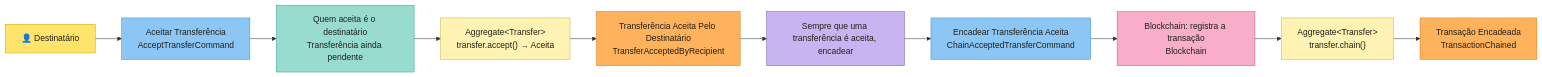
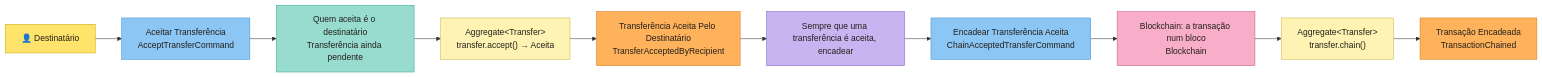
The fifth of 5 diagrams in README.md (ecdesa-labs/cerne), drawn with Mermaid before and after one commit. The commit also changed other lines of this file and 50 other files, not shown here.

````diff
--- a/README.md
+++ b/README.md
@@ -748,20 +829,20 @@
 ```mermaid
 flowchart LR
   recipient["👤 Destinatário"]:::actor --> accept["Aceitar Transferência<br/>AcceptTransferCommand"]:::command
   accept --> rules["Quem aceita é o destinatário<br/>Transferência ainda pendente"]:::rule
   rules --> transfer["Aggregate#lt;Transfer#gt;<br/>transfer.accept() → Aceita"]:::aggregate
   transfer --> accepted["Transferência Aceita Pelo Destinatário<br/>TransferAcceptedByRecipient"]:::event
   accepted --> policy["Sempre que uma transferência é aceita, encadear"]:::policy
   policy --> chainCmd["Encadear Transferência Aceita<br/>ChainAcceptedTransferCommand"]:::command
-  chainCmd --> chain["Blockchain: registra a transação<br/>Blockchain"]:::external
+  chainCmd --> chain["Blockchain: a transação num bloco<br/>Blockchain"]:::external
   chain --> chainedTransfer["Aggregate#lt;Transfer#gt;<br/>transfer.chain()"]:::aggregate
   chainedTransfer --> chained["Transação Encadeada<br/>TransactionChained"]:::event
   classDef actor fill:#ffe46b,stroke:#c9a800,color:#221f1a
   classDef command fill:#8cc6f5,stroke:#3d8fd1,color:#221f1a
   classDef rule fill:#97dccf,stroke:#3fa892,color:#221f1a
   classDef service fill:#dde2e7,stroke:#8a96a3,color:#221f1a
   classDef aggregate fill:#fff3b3,stroke:#c9b84a,color:#221f1a
   classDef event fill:#ffb25c,stroke:#d97a14,color:#221f1a
   classDef policy fill:#c9b4f2,stroke:#7d5cc4,color:#221f1a
   classDef external fill:#f8adc9,stroke:#d0578a,color:#221f1a
 ```
````
